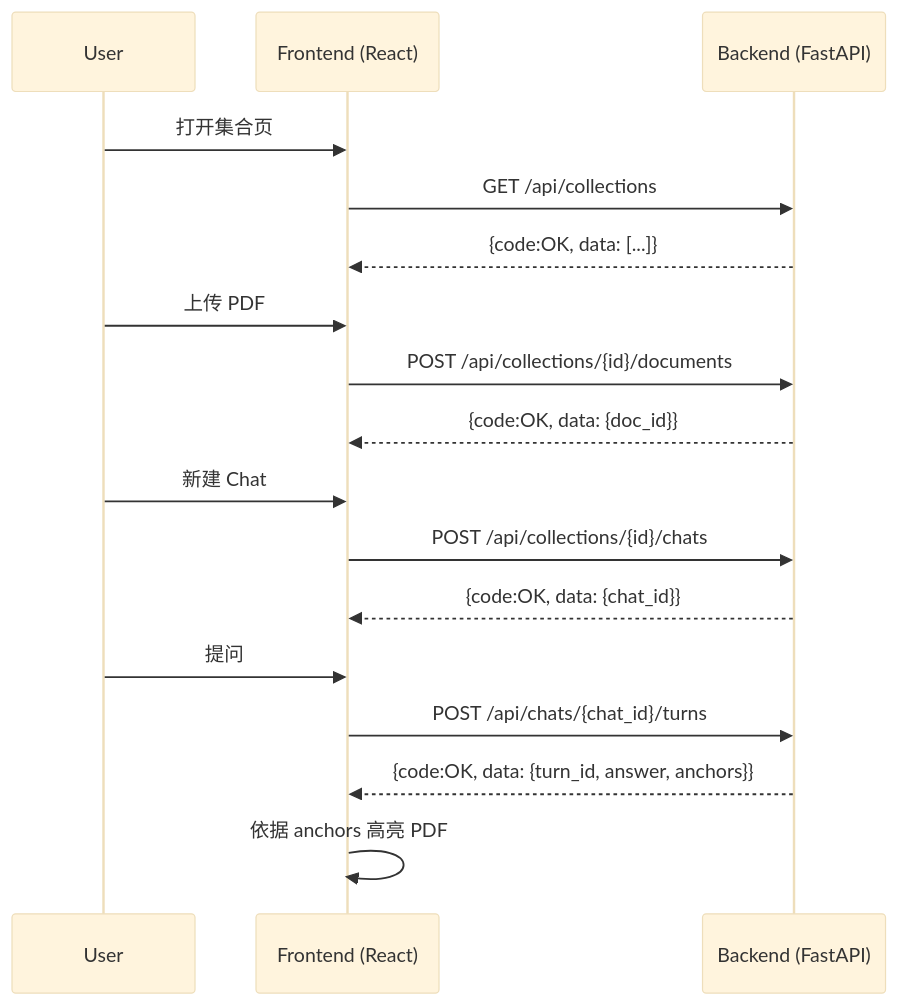
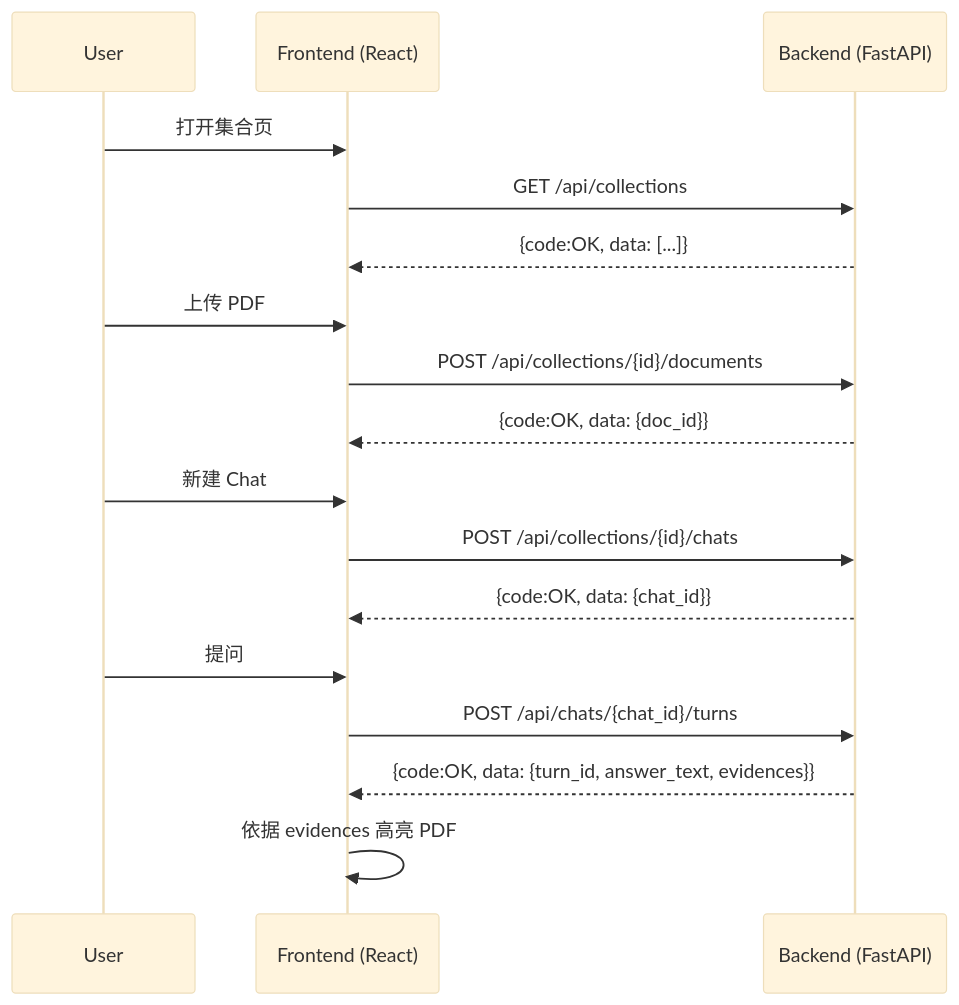
Before and after one commit to JZsheTech/OBQA: the second of 2 diagrams in docs/zh/多模态论文问答系统设计文档.md, drawn with Mermaid (base theme). The commit also changed other lines of this file and 6 other files, not shown here.

````diff
--- a/docs/zh/多模态论文问答系统设计文档.md
+++ b/docs/zh/多模态论文问答系统设计文档.md
@@ -96,20 +96,20 @@
 ```mermaid
 sequenceDiagram
     participant U as User
     participant F as Frontend (React)
     participant B as Backend (FastAPI)
 
     U->>F: 打开集合页
     F->>B: GET /api/collections
     B-->>F: {code:OK, data: [...]} 
     U->>F: 上传 PDF
     F->>B: POST /api/collections/{id}/documents
     B-->>F: {code:OK, data: {doc_id}}
     U->>F: 新建 Chat
     F->>B: POST /api/collections/{id}/chats
     B-->>F: {code:OK, data: {chat_id}}
     U->>F: 提问
     F->>B: POST /api/chats/{chat_id}/turns
-    B-->>F: {code:OK, data: {turn_id, answer, anchors}}
-    F->>F: 依据 anchors 高亮 PDF
+    B-->>F: {code:OK, data: {turn_id, answer_text, evidences}}
+    F->>F: 依据 evidences 高亮 PDF
 ```
````
